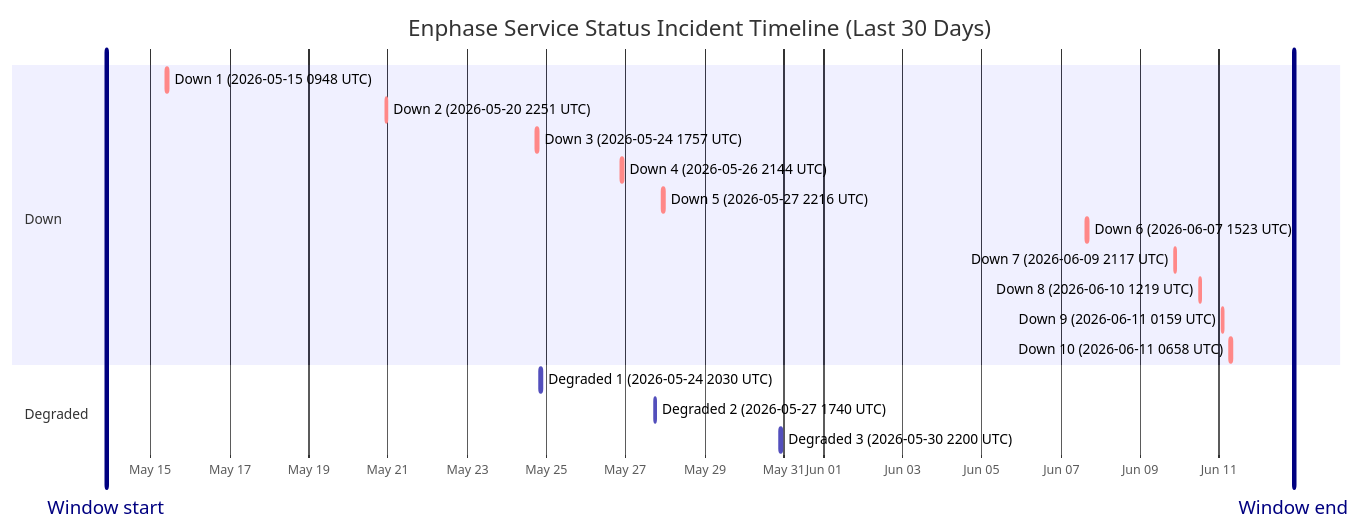
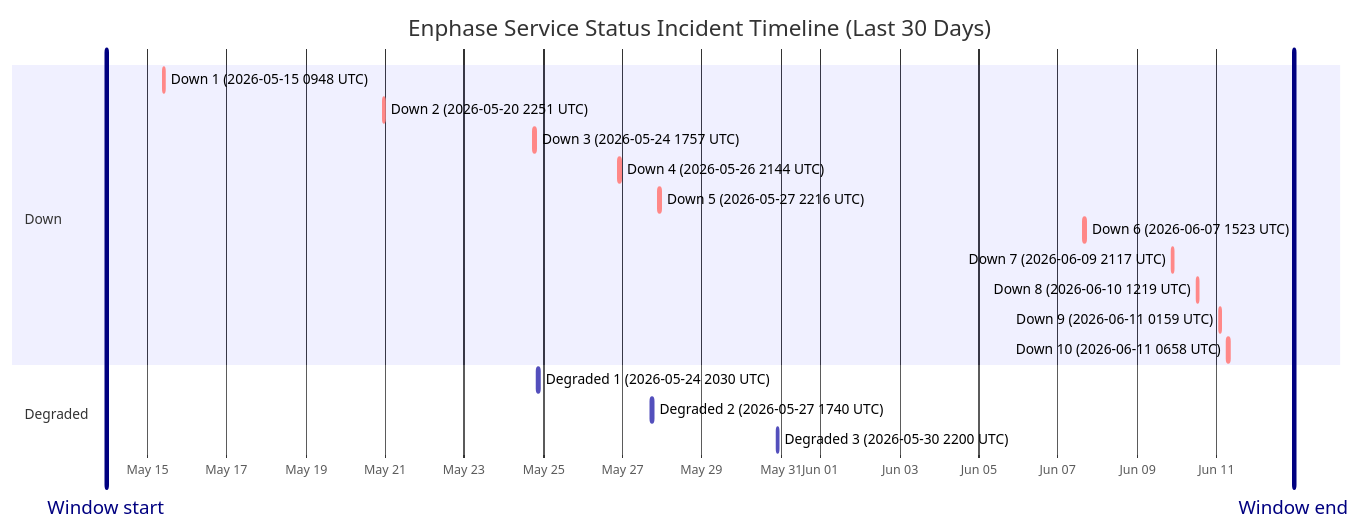
The diagram in wiki/Service-Status-History.md (barneyonline/ha-enphase-energy), drawn with Mermaid before and after one commit. The commit also changed other lines of this file and 3 other files, not shown here.

````diff
--- a/wiki/Service-Status-History.md
+++ b/wiki/Service-Status-History.md
@@ -14,23 +14,23 @@
 ```mermaid
 gantt
     title Enphase Service Status Incident Timeline (Last 30 Days)
     dateFormat  YYYY-MM-DDTHH:mm:ss
     axisFormat  %b %d
-    Window start :vert, window-start, 2026-05-13T21:15:35, 0ms
-    Window end :vert, window-end, 2026-06-12T21:15:35, 0ms
+    Window start :vert, window-start, 2026-05-13T22:56:10, 0ms
+    Window end :vert, window-end, 2026-06-12T22:56:10, 0ms
     section Down
     Down 1 (2026-05-15 0948 UTC) :crit, down-1, 2026-05-15T09:48:18, 60m
     Down 2 (2026-05-20 2251 UTC) :crit, down-2, 2026-05-20T22:51:14, 75m
     Down 3 (2026-05-24 1757 UTC) :crit, down-3, 2026-05-24T17:57:41, 86m
     Down 4 (2026-05-26 2144 UTC) :crit, down-4, 2026-05-26T21:44:11, 85m
     Down 5 (2026-05-27 2216 UTC) :crit, down-5, 2026-05-27T22:16:53, 87m
     Down 6 (2026-06-07 1523 UTC) :crit, down-6, 2026-06-07T15:23:22, 87m
     Down 7 (2026-06-09 2117 UTC) :crit, down-7, 2026-06-09T21:17:17, 60m
     Down 8 (2026-06-10 1219 UTC) :crit, down-8, 2026-06-10T12:19:21, 60m
     Down 9 (2026-06-11 0159 UTC) :crit, down-9, 2026-06-11T01:59:36, 60m
     Down 10 (2026-06-11 0658 UTC) :crit, down-10, 2026-06-11T06:58:45, 60m
     section Degraded
     Degraded 1 (2026-05-24 2030 UTC) :active, degraded-1, 2026-05-24T20:30:57, 84m
     Degraded 2 (2026-05-27 1740 UTC) :active, degraded-2, 2026-05-27T17:40:52, 60m
     Degraded 3 (2026-05-30 2200 UTC) :active, degraded-3, 2026-05-30T22:00:37, 60m
 ```
````
